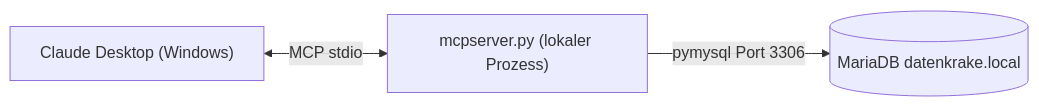
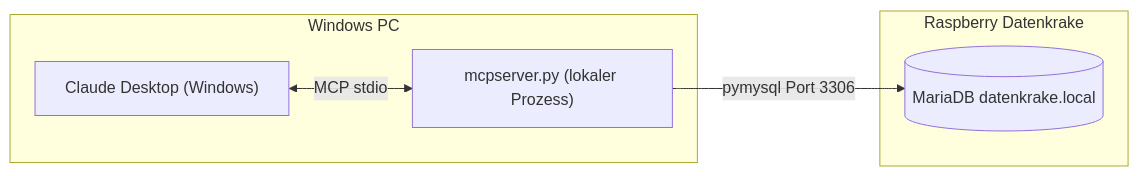
One commit to FlowTheTensor/Datenkrake changed the third of 3 diagrams in README.md. Above: the diagram before and after it, drawn with Mermaid.

Commit message:
architektur in readme für mcp angepasst

````diff
--- a/README.md
+++ b/README.md
@@ -222,9 +222,13 @@
 ```mermaid
 flowchart LR
+subgraph WIN["Windows PC"]
   CD["Claude Desktop (Windows)"]
   MCP["mcpserver.py (lokaler Prozess)"]
+end
+subgraph RPI["Raspberry Datenkrake"]
   DB[("MariaDB datenkrake.local")]
 
   CD <-->|MCP stdio| MCP
   MCP -->|pymysql Port 3306| DB
+end
 ```
````
